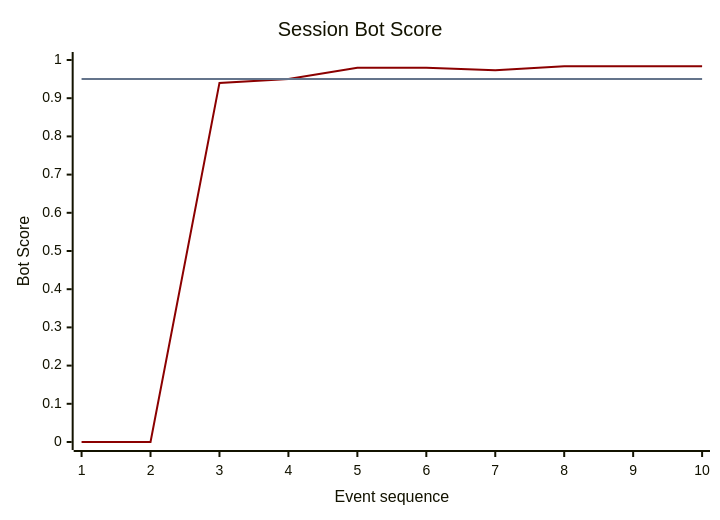
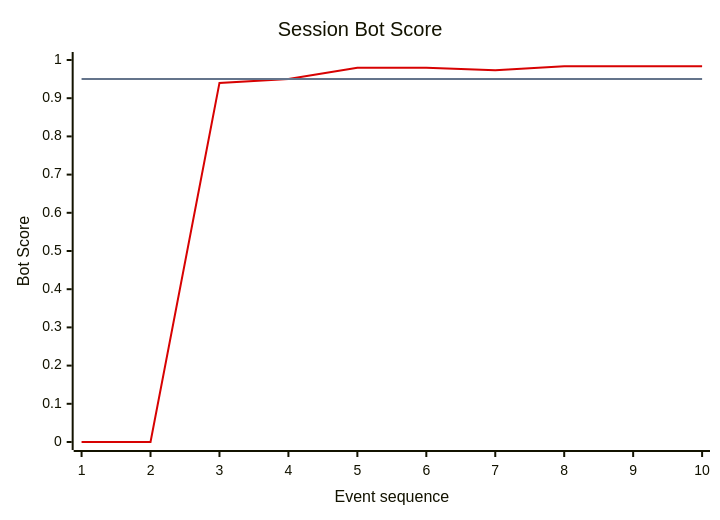
One commit to Rez99/data-engineering-portfolio changed the fourth of 10 diagrams in project-3-streaming-bot-detection/README.md. Above: the diagram before and after it, drawn with Mermaid.

Commit message:
Update plot color palette in bot score chart for better visibility

````diff
--- a/project-3-streaming-bot-detection/README.md
+++ b/project-3-streaming-bot-detection/README.md
@@ -285,9 +285,9 @@
 ```mermaid
-%%{init: {"themeVariables": {"xyChart": {"plotColorPalette": "#8B0000,#64748B"}}}}%%
+%%{init: {"themeVariables": {"xyChart": {"plotColorPalette": "#d70202,#64748B"}}}}%%
 xychart-beta
     title "Session Bot Score"
     x-axis "Event sequence" [1,2,3,4,5,6,7,8,9,10]
     y-axis "Bot Score" 0 --> 1
     line [0.0,0.0,0.94,0.95,0.98,0.98,0.9733333333333334,0.9833333333333333,0.9833333333333333,0.9833333333333333]
     line [0.95,0.95,0.95,0.95,0.95,0.95,0.95,0.95,0.95,0.95]
 ```
````
